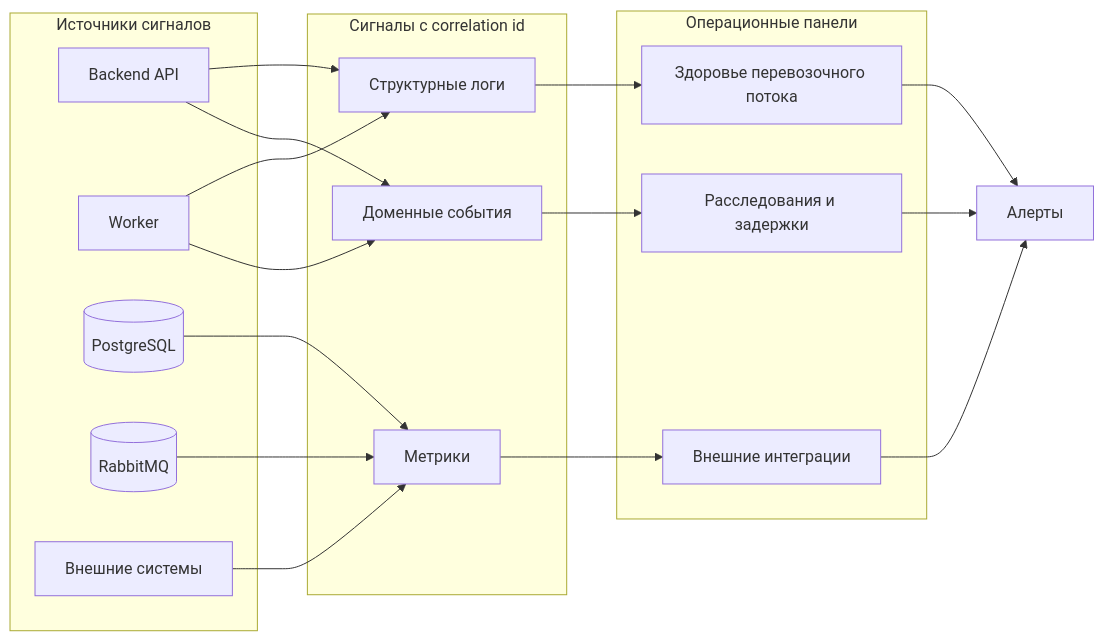
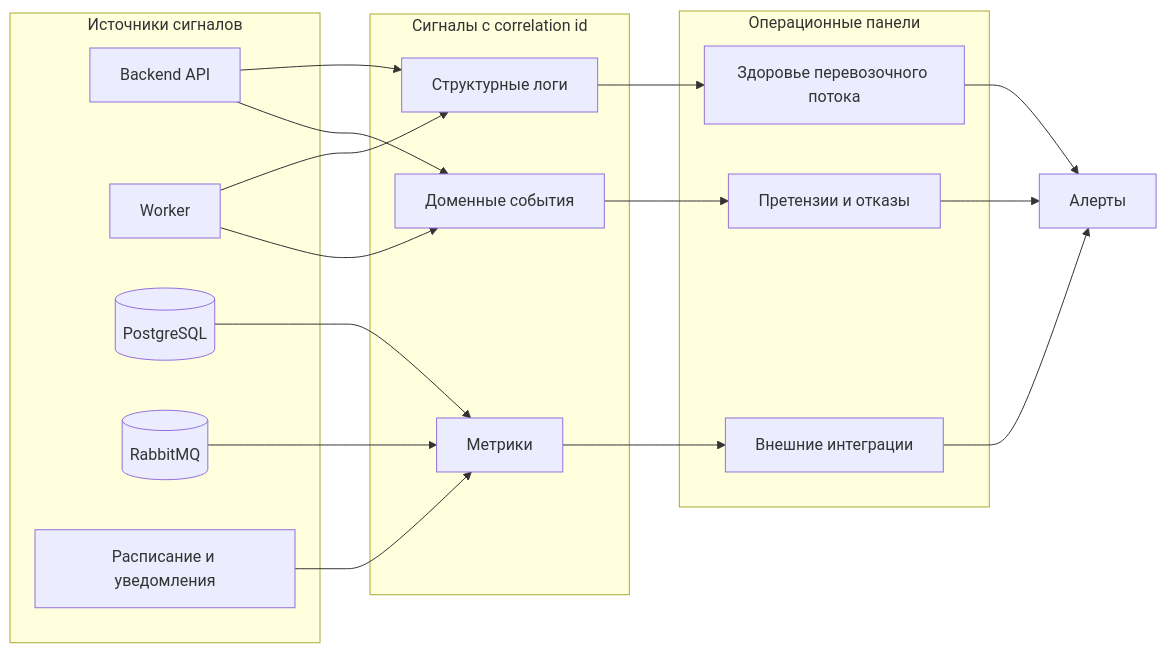
The diagram in 09-надежность-и-эксплуатация.md (W1zzK1/Plan-dissertation), drawn with Mermaid before and after one commit. The commit also changed other lines of this file and 19 other files, not shown here.

````diff
--- a/09-надежность-и-эксплуатация.md
+++ b/09-надежность-и-эксплуатация.md
@@ -17,38 +18,38 @@
 ```mermaid
 flowchart LR
     subgraph Sources[Источники сигналов]
         API[Backend API]
         Worker[Worker]
         DB[(PostgreSQL)]
         Queue[(RabbitMQ)]
-        External[Внешние системы]
+        External[Расписание и уведомления]
     end
 
     subgraph Signals[Сигналы с correlation id]
         Logs[Структурные логи]
         Metrics[Метрики]
         Events[Доменные события]
     end
 
     subgraph Views[Операционные панели]
         Pipeline[Здоровье перевозочного потока]
         Integrations[Внешние интеграции]
-        Incidents[Расследования и задержки]
+        Claims[Претензии и отказы]
     end
 
     Alerts[Алерты]
 
     API --> Logs
     Worker --> Logs
     DB --> Metrics
     Queue --> Metrics
     External --> Metrics
     API --> Events
     Worker --> Events
     Logs --> Pipeline
     Metrics --> Integrations
-    Events --> Incidents
+    Events --> Claims
     Pipeline --> Alerts
     Integrations --> Alerts
-    Incidents --> Alerts
+    Claims --> Alerts
 ```
````
